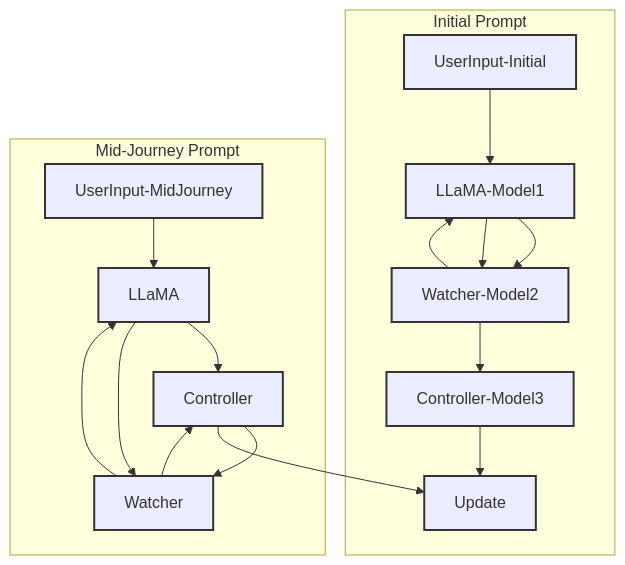
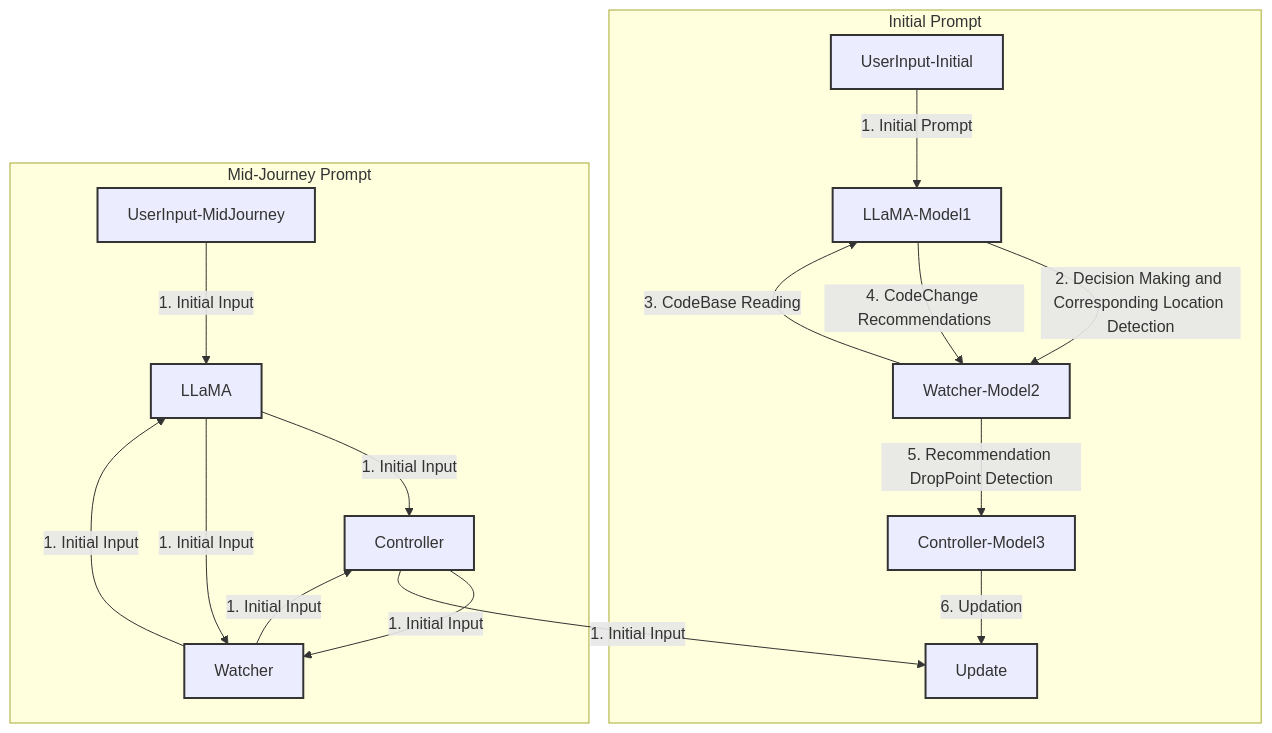
Before and after one commit to gitYourbits/LUCI: the diagram in README.md, drawn with Mermaid.

````diff
--- a/README.md
+++ b/README.md
@@ -67,36 +67,36 @@
 ```mermaid
 graph TD
     subgraph Scenario1 [Initial Prompt]
-        UserInput-Initial --> LLaMA-Model1
-        LLaMA-Model1 --> Watcher-Model2
-        Watcher-Model2 --> LLaMA-Model1
-        LLaMA-Model1 --> Watcher-Model2
-        Watcher-Model2 --> Controller-Model3
-        Controller-Model3 --> Update
+        UserInput-Initial -->|1. Initial Prompt| LLaMA-Model1
+        LLaMA-Model1 -->|2. Decision Making and Corresponding Location Detection| Watcher-Model2
+        Watcher-Model2 -->|3. CodeBase Reading | LLaMA-Model1
+        LLaMA-Model1 -->|4. CodeChange Recommendations| Watcher-Model2
+        Watcher-Model2 -->|5. Recommendation DropPoint Detection| Controller-Model3
+        Controller-Model3 -->|6. Updation| Update
     end
 
     subgraph Scenario2 [Mid-Journey Prompt]
-        UserInput-MidJourney --> LLaMA
-        LLaMA --> Controller
-        Controller --> Watcher
-        Watcher --> LLaMA
-        LLaMA --> Watcher
-        Watcher --> Controller
-        Controller --> Update
+        UserInput-MidJourney -->|1. Initial Input| LLaMA
+        LLaMA -->|1. Initial Input| Controller
+        Controller -->|1. Initial Input| Watcher
+        Watcher -->|1. Initial Input| LLaMA
+        LLaMA -->|1. Initial Input| Watcher
+        Watcher -->|1. Initial Input| Controller
+        Controller -->|1. Initial Input| Update
     end
 
     classDef startStyle stroke:#333,stroke-width:2px;
     class UserInput-Initial,UserInput-MidJourney startStyle;
 
     classDef llamaStyle stroke:#333,stroke-width:2px;
     class LLaMA-Model1,LLaMA llamaStyle;
 
     classDef watcherStyle stroke:#333,stroke-width:2px;
     class Watcher-Model2,Watcher watcherStyle;
 
     classDef controllerStyle stroke:#333,stroke-width:2px;
     class Controller-Model3,Controller controllerStyle;
 
     classDef endStyle stroke:#333,stroke-width:2px;
     class Update endStyle;
 ```
````
